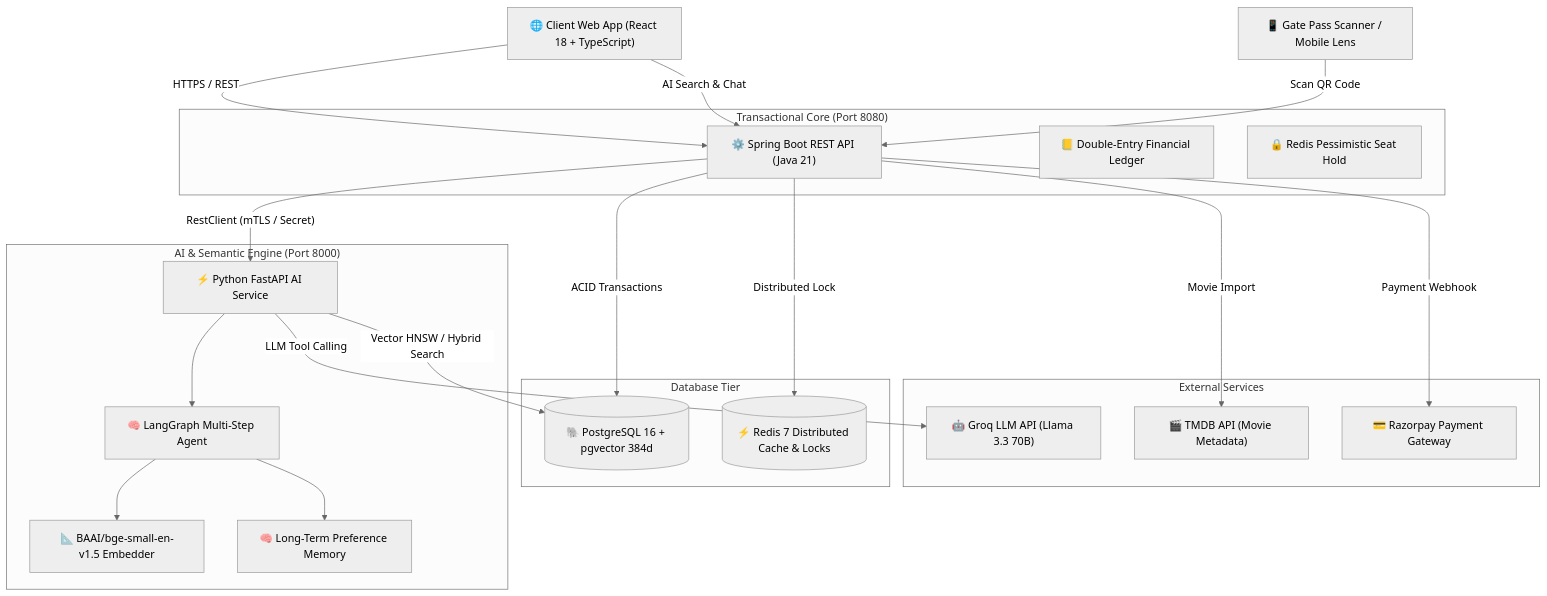
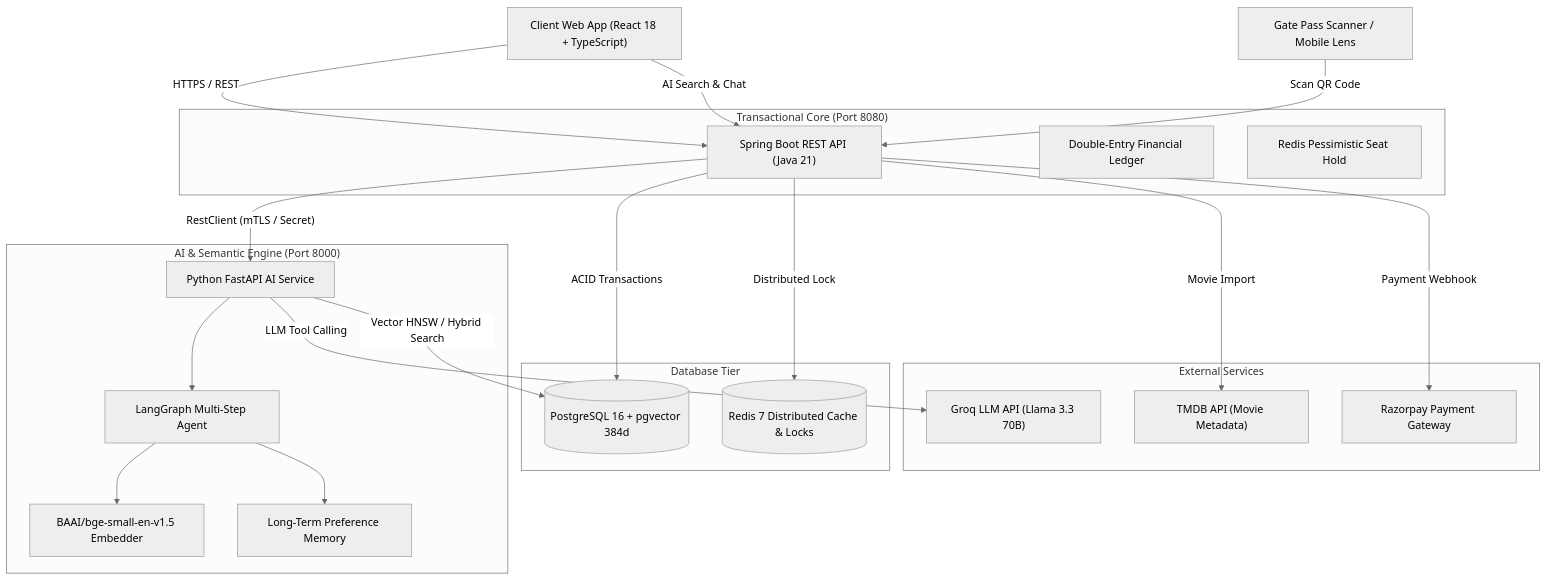
The first of 4 diagrams in README.md (RishiRaj0128/Cinebook-Movie-Booking-Platform_Rishi_Raj), drawn with Mermaid (neutral theme) before and after one commit. The commit also changed other lines of this file and 1 other file, not shown here.

Commit message:
fix(docs, security): standardize README mermaid diagrams and TOC anchors, fix OSV-scanner invocation and SARIF emission (#58)

````diff
--- a/README.md
+++ b/README.md
@@ -106,46 +106,46 @@
 ```mermaid
 flowchart TD
-    Client["🌐 Client Web App (React 18 + TypeScript)"]
-    GateScanner["📱 Gate Pass Scanner / Mobile Lens"]
+    Client["Client Web App (React 18 + TypeScript)"]
+    GateScanner["Gate Pass Scanner / Mobile Lens"]
     
     subgraph Core["Transactional Core (Port 8080)"]
-        JavaAPI["⚙️ Spring Boot REST API (Java 21)"]
-        Ledger["📒 Double-Entry Financial Ledger"]
-        SeatLock["🔒 Redis Pessimistic Seat Hold"]
+        JavaAPI["Spring Boot REST API (Java 21)"]
+        Ledger["Double-Entry Financial Ledger"]
+        SeatLock["Redis Pessimistic Seat Hold"]
     end
 
     subgraph AI["AI & Semantic Engine (Port 8000)"]
-        FastAPI["⚡ Python FastAPI AI Service"]
-        LangGraph["🧠 LangGraph Multi-Step Agent"]
-        Embedder["📐 BAAI/bge-small-en-v1.5 Embedder"]
-        Memory["🧠 Long-Term Preference Memory"]
+        FastAPI["Python FastAPI AI Service"]
+        LangGraph["LangGraph Multi-Step Agent"]
+        Embedder["BAAI/bge-small-en-v1.5 Embedder"]
+        Memory["Long-Term Preference Memory"]
     end
 
     subgraph Data["Database Tier"]
-        DB[("🐘 PostgreSQL 16 + pgvector 384d")]
-        Redis[("⚡ Redis 7 Distributed Cache & Locks")]
+        DB[("PostgreSQL 16 + pgvector 384d")]
+        Redis[("Redis 7 Distributed Cache & Locks")]
     end
 
     subgraph External["External Services"]
-        TMDB["🎬 TMDB API (Movie Metadata)"]
-        Groq["🤖 Groq LLM API (Llama 3.3 70B)"]
-        Razorpay["💳 Razorpay Payment Gateway"]
+        TMDB["TMDB API (Movie Metadata)"]
+        Groq["Groq LLM API (Llama 3.3 70B)"]
+        Razorpay["Razorpay Payment Gateway"]
     end
 
     Client -->|"HTTPS / REST"| JavaAPI
     Client -->|"AI Search & Chat"| JavaAPI
     GateScanner -->|"Scan QR Code"| JavaAPI
     
     JavaAPI -->|"RestClient (mTLS / Secret)"| FastAPI
     FastAPI --> LangGraph
     LangGraph --> Embedder
     LangGraph --> Memory
     FastAPI -->|"LLM Tool Calling"| Groq
 
     JavaAPI -->|"ACID Transactions"| DB
     JavaAPI -->|"Distributed Lock"| Redis
     FastAPI -->|"Vector HNSW / Hybrid Search"| DB
 
     JavaAPI -->|"Movie Import"| TMDB
     JavaAPI -->|"Payment Webhook"| Razorpay
 ```
````
